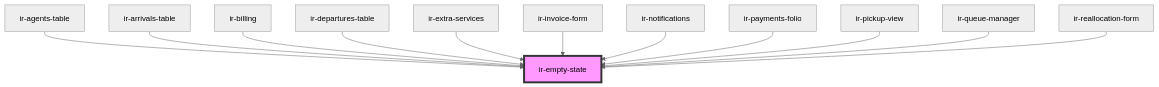
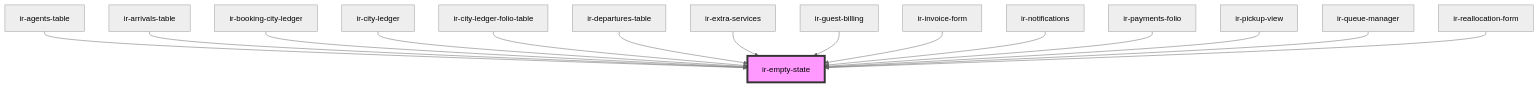
The diagram in src/components/ir-empty-state/readme.md (RonyRizk/ir-webcmp), drawn with Mermaid (neutral theme) before and after one commit. The commit also changed other lines of this file and 586 other files, not shown here.

````diff
--- a/src/components/ir-empty-state/readme.md
+++ b/src/components/ir-empty-state/readme.md
@@ -39,15 +43,18 @@
 ```mermaid
 graph TD;
   ir-agents-table --> ir-empty-state
   ir-arrivals-table --> ir-empty-state
-  ir-billing --> ir-empty-state
+  ir-booking-city-ledger --> ir-empty-state
+  ir-city-ledger --> ir-empty-state
+  ir-city-ledger-folio-table --> ir-empty-state
   ir-departures-table --> ir-empty-state
   ir-extra-services --> ir-empty-state
+  ir-guest-billing --> ir-empty-state
   ir-invoice-form --> ir-empty-state
   ir-notifications --> ir-empty-state
   ir-payments-folio --> ir-empty-state
   ir-pickup-view --> ir-empty-state
   ir-queue-manager --> ir-empty-state
   ir-reallocation-form --> ir-empty-state
   style ir-empty-state fill:#f9f,stroke:#333,stroke-width:4px
 ```
````
